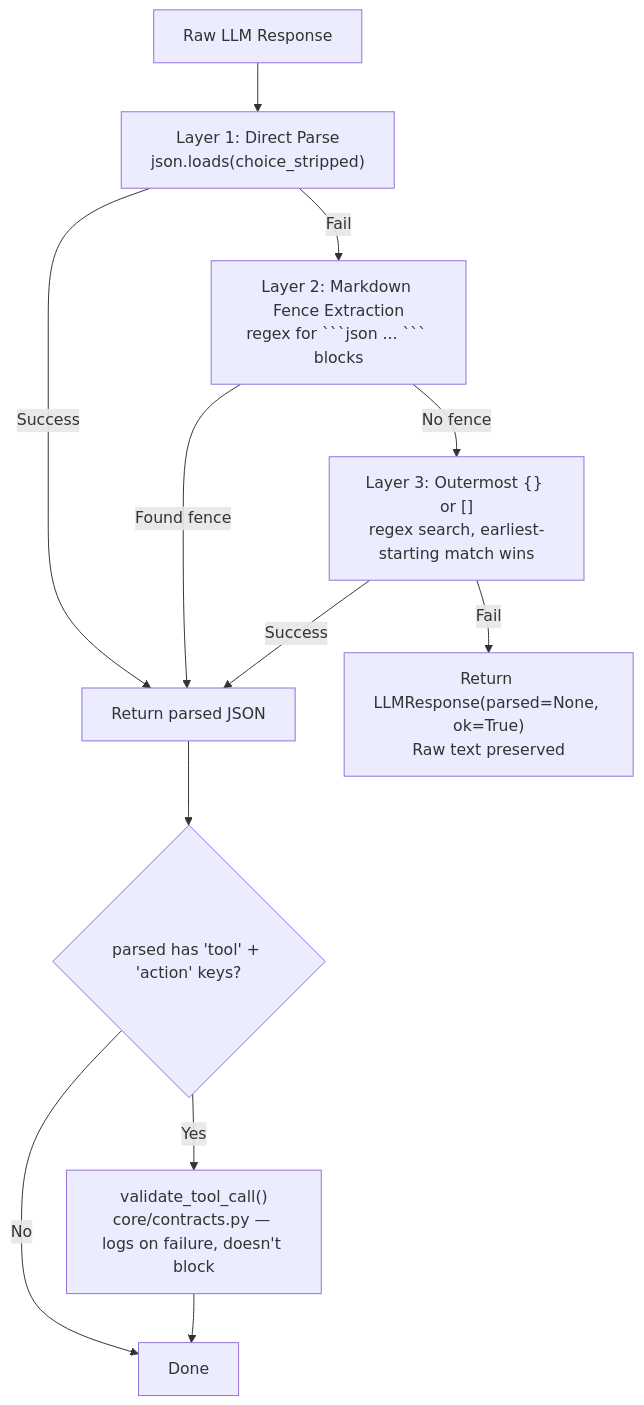
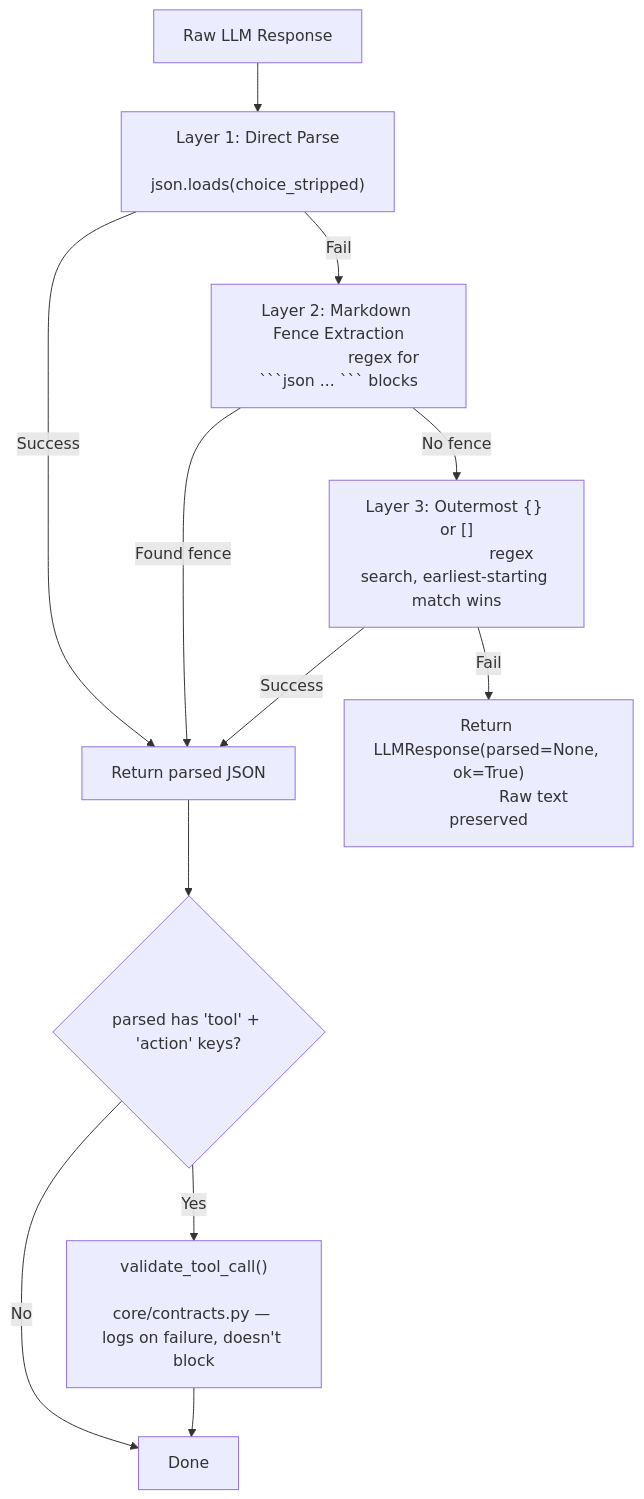
Before and after one commit to brunogcar/agent: the seventh of 7 diagrams in docs/core/LLM.md, drawn with Mermaid. The commit also changed other lines of this file and 17 other files, not shown here.

````diff
--- a/docs/core/LLM.md
+++ b/docs/core/LLM.md
@@ -403,14 +450,19 @@
 ```mermaid
 graph TD
-    A["Raw LLM Response"] --> B["Layer 1: Direct Parse<br/>json.loads(choice_stripped)"]
+    A["Raw LLM Response"] --> B["Layer 1: Direct Parse
+                                   json.loads(choice_stripped)"]
     B -->|Success| C["Return parsed JSON"]
-    B -->|Fail| D["Layer 2: Markdown Fence Extraction<br/>regex for ```json ... ``` blocks"]
+    B -->|Fail| D["Layer 2: Markdown Fence Extraction
+                   regex for ```json ... ``` blocks"]
     D -->|Found fence| C
-    D -->|No fence| E["Layer 3: Outermost {} or []<br/>regex search, earliest-starting match wins"]
+    D -->|No fence| E["Layer 3: Outermost {} or []
+                       regex search, earliest-starting match wins"]
     E -->|Success| C
-    E -->|Fail| F["Return LLMResponse(parsed=None, ok=True)<br/>Raw text preserved"]
+    E -->|Fail| F["Return LLMResponse(parsed=None, ok=True)
+                   Raw text preserved"]
     C --> G{"parsed has 'tool' + 'action' keys?"}
-    G -->|Yes| H["validate_tool_call()<br/>core/contracts.py — logs on failure, doesn't block"]
+    G -->|Yes| H["validate_tool_call()
+                   core/contracts.py — logs on failure, doesn't block"]
     G -->|No| I[Done]
     H --> I
 ```
````
